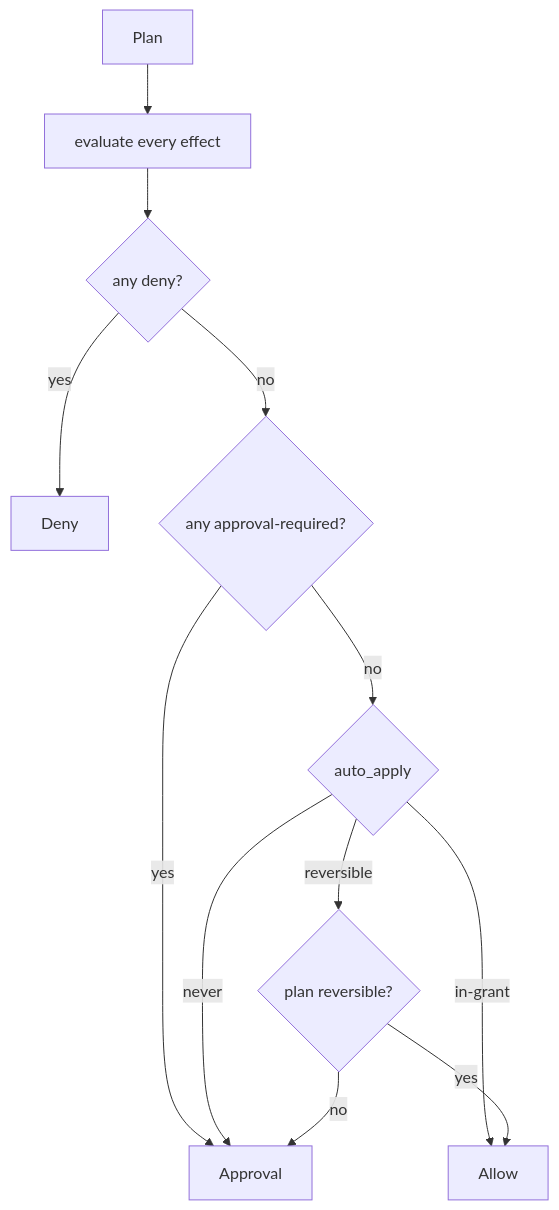
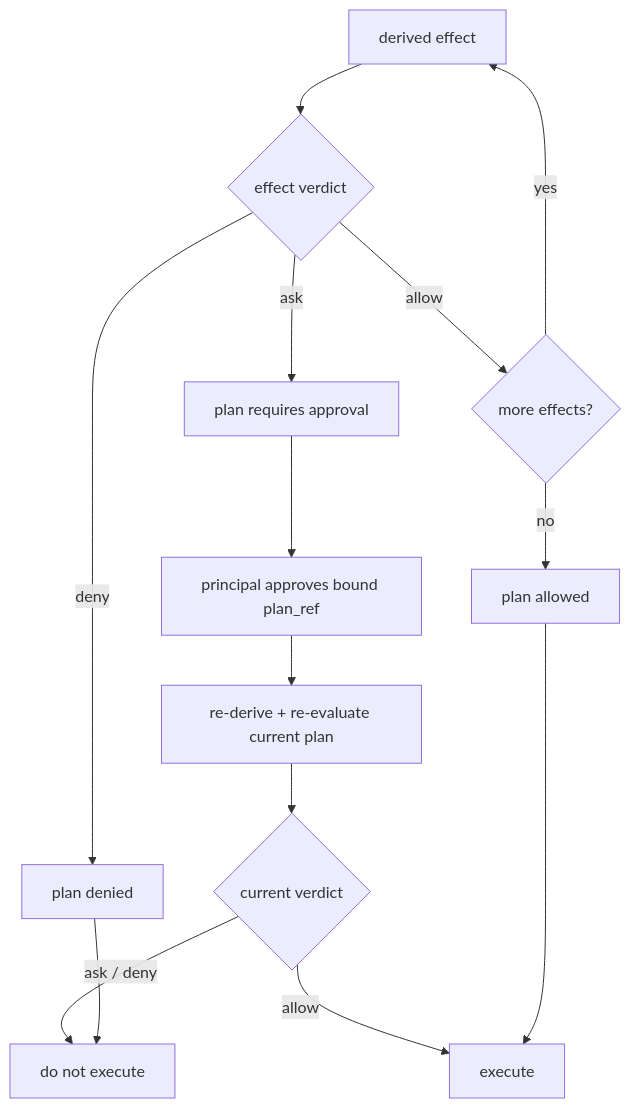
The third of 6 diagrams in site/content/internals/security-threat-model.md (alliecatowo/shoal), drawn with Mermaid before and after one commit. The commit also changed other lines of this file and 70 other files, not shown here.

Commit message:
docs: refine manual and architecture visuals

````diff
--- a/site/content/internals/security-threat-model.md
+++ b/site/content/internals/security-threat-model.md
@@ -271,14 +221,18 @@
 ```mermaid
 flowchart TD
-  Plan --> Effects["evaluate every effect"]
-  Effects --> AnyDeny{"any deny?"}
-  AnyDeny -->|yes| Deny
-  AnyDeny -->|no| AnyAsk{"any approval-required?"}
-  AnyAsk -->|yes| Approval
-  AnyAsk -->|no| Auto{"auto_apply"}
-  Auto -->|in-grant| Allow
-  Auto -->|never| Approval
-  Auto -->|reversible| Rev{"plan reversible?"}
-  Rev -->|yes| Allow
-  Rev -->|no| Approval
+accTitle: Effect, plan, and approval verdicts
+accDescr: Individual effect grants roll up into a plan verdict; denied effects stop execution, approval-required effects bind approval to the plan, and only a current allow verdict executes.
+  Effect["derived effect"] --> EffectVerdict{"effect verdict"}
+  EffectVerdict -->|deny| PlanDeny["plan denied"]
+  EffectVerdict -->|ask| PlanAsk["plan requires approval"]
+  EffectVerdict -->|allow| More{"more effects?"}
+  More -->|yes| Effect
+  More -->|no| PlanAllow["plan allowed"]
+  PlanAsk --> Approval["principal approves bound plan_ref"]
+  Approval --> Recheck["re-derive + re-evaluate current plan"]
+  Recheck --> Current{"current verdict"}
+  Current -->|allow| Execute["execute"]
+  Current -->|ask / deny| Stop["do not execute"]
+  PlanAllow --> Execute
+  PlanDeny --> Stop
 ```
````
